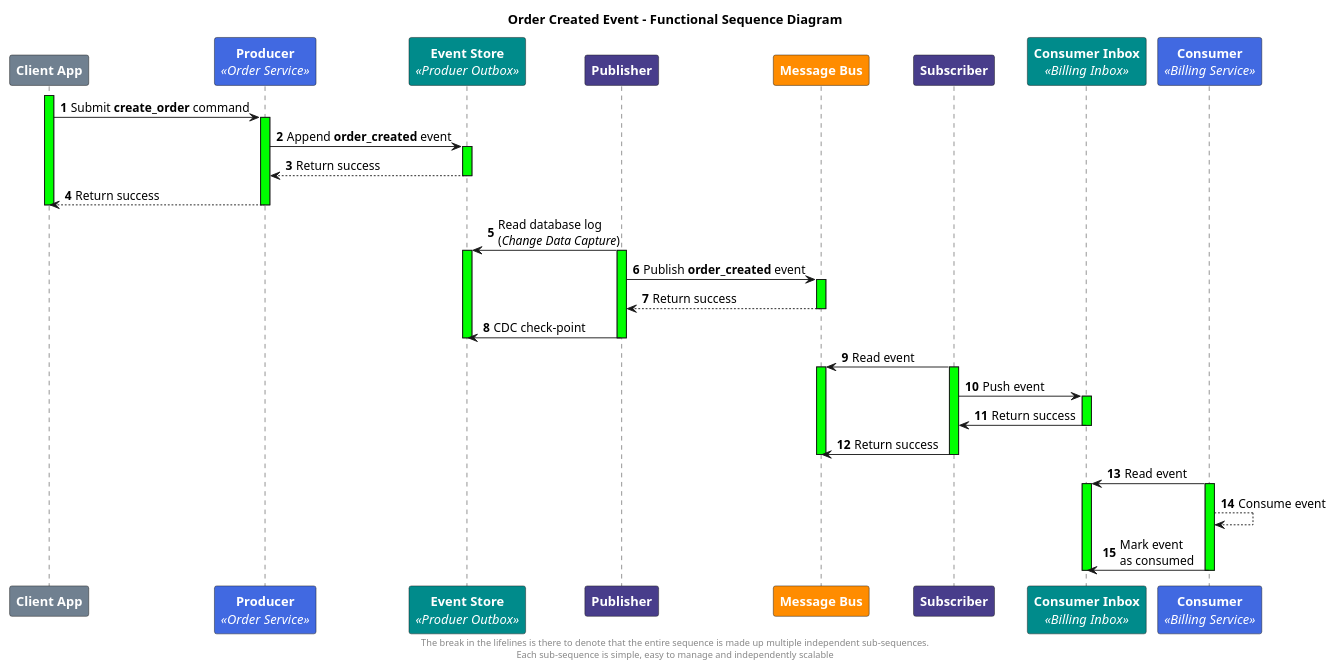
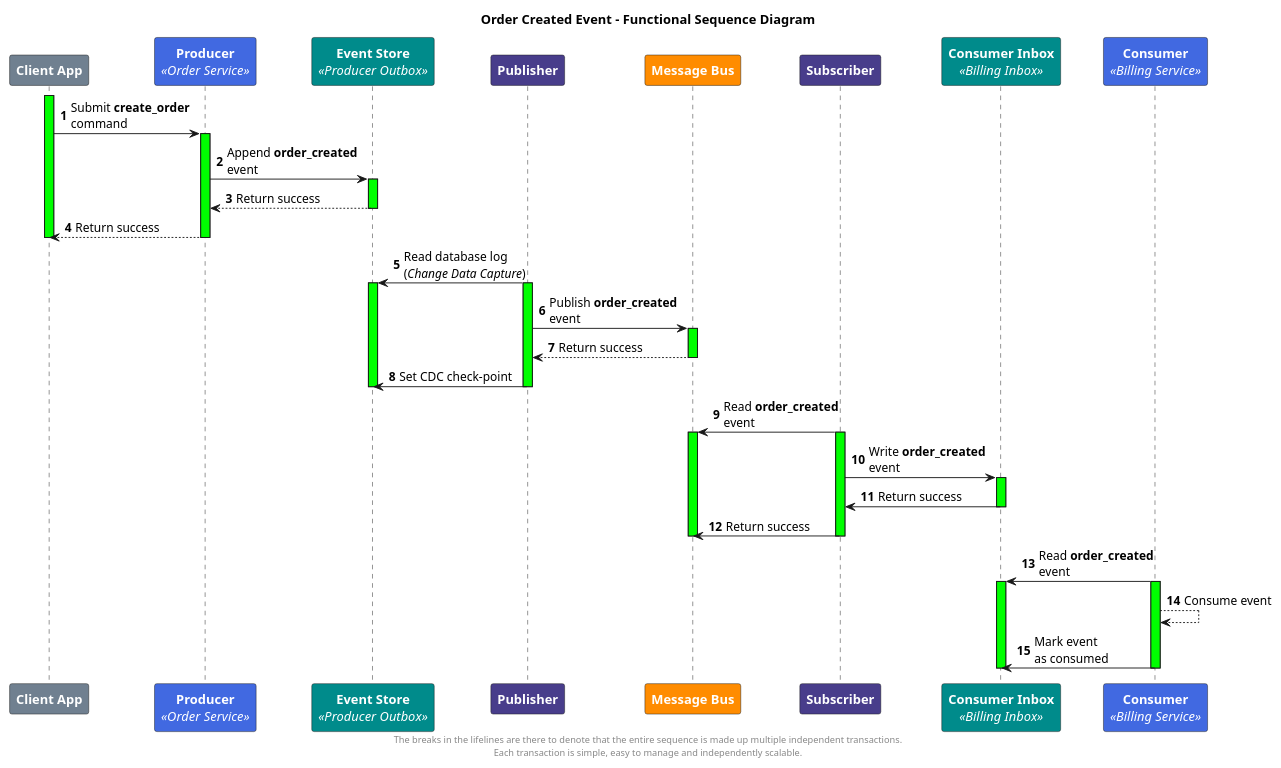
Before and after one commit to Gio0300/LoosePubSubAzure: the diagram in diagrams/business_sequence.puml, drawn with PlantUML. The commit also changed 1 other file, not shown here.

```diff
--- a/diagrams/business_sequence.puml
+++ b/diagrams/business_sequence.puml
@@ -1,64 +1,70 @@
 @startuml
 skinparam ParticipantFontSize 14
 skinparam ParticipantFontColor #White
 title Order Created Event - Functional Sequence Diagram
 participant ClientApp as "<b>Client App" #SlateGray
 participant Producer as "<b>Producer\n<i><<Order Service>>" #RoyalBlue
-participant EventStore as "<b>Event Store\n<i><<Produer Outbox>>" #DarkCyan
+participant EventStore as "<b>Event Store\n<i><<Producer Outbox>>" #DarkCyan
 participant Publisher as "<b>Publisher" #DarkSlateBlue
 participant MessageBus as "<b>Message Bus" #Darkorange
 participant Subscriber as "<b>Subscriber" #DarkSlateBlue
 participant BillingInbox as "<b>Consumer Inbox\n<i><<Billing Inbox>>" #DarkCyan
 participant BillingService as "<b>Consumer\n<i><<Billing Service>>" #RoyalBlue
 
 autonumber
 activate ClientApp #Lime
-ClientApp -> Producer : Submit <b>create_order</b> command
+ClientApp -> Producer : Submit <b>create_order</b>\ncommand
 
 activate Producer #Lime
-Producer -> EventStore : Append <b>order_created</b> event
+Producer -> EventStore : Append <b>order_created</b>\nevent
 
 activate EventStore #Lime
 EventStore --> Producer : Return success
 
 deactivate EventStore
 Producer --> ClientApp : Return success
 
 deactivate Producer
 deactivate ClientApp
 
 EventStore <- Publisher : Read database log\n(<i>Change Data Capture</i>)
 activate EventStore #Lime
 
 activate Publisher #Lime
-Publisher -> MessageBus : Publish <b>order_created</b> event
+Publisher -> MessageBus : Publish <b>order_created</b>\nevent
+
+
+
+
+
+
 
 activate MessageBus #Lime
 MessageBus --> Publisher : Return success
 deactivate MessageBus
 
-Publisher -> EventStore : CDC check-point
+Publisher -> EventStore : Set CDC check-point
 deactivate Publisher
 deactivate EventStore
 
-MessageBus <- Subscriber : Read event
+MessageBus <- Subscriber : Read <b>order_created</b>\nevent
 activate MessageBus #Lime
 activate Subscriber #Lime
-Subscriber -> BillingInbox : Push event
+Subscriber -> BillingInbox : Write <b>order_created</b>\nevent
 activate BillingInbox #Lime
 
 BillingInbox -> Subscriber : Return success
 deactivate BillingInbox
 Subscriber -> MessageBus: Return success
 deactivate Subscriber
 deactivate MessageBus
 
-BillingInbox <- BillingService : Read event
+BillingInbox <- BillingService : Read <b>order_created</b>\nevent
 activate BillingInbox #Lime
 activate BillingService #Lime
 BillingService --> BillingService: Consume event
 BillingService -> BillingInbox: Mark event\nas consumed
 deactivate BillingService
 deactivate BillingInbox
-footer The break in the lifelines is there to denote that the entire sequence is made up multiple independent sub-sequences.\nEach sub-sequence is simple, easy to manage and independently scalable
+footer The breaks in the lifelines are there to denote that the entire sequence is made up multiple independent transactions.\nEach transaction is simple, easy to manage and independently scalable.
 @enduml
```
